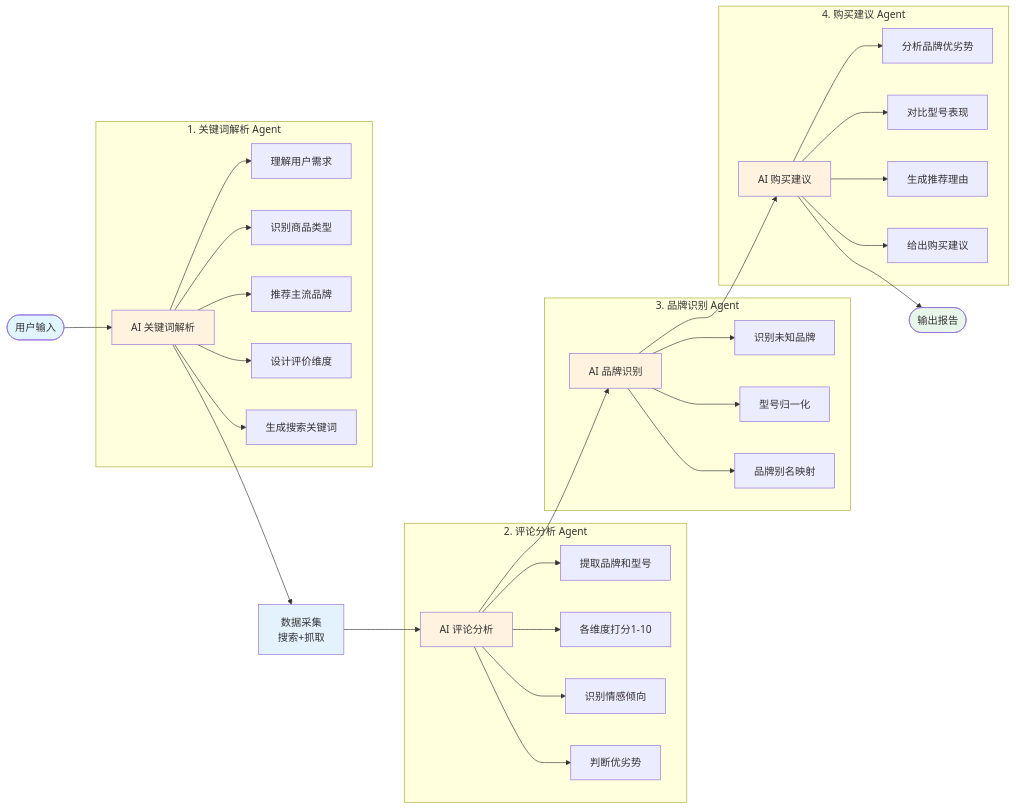
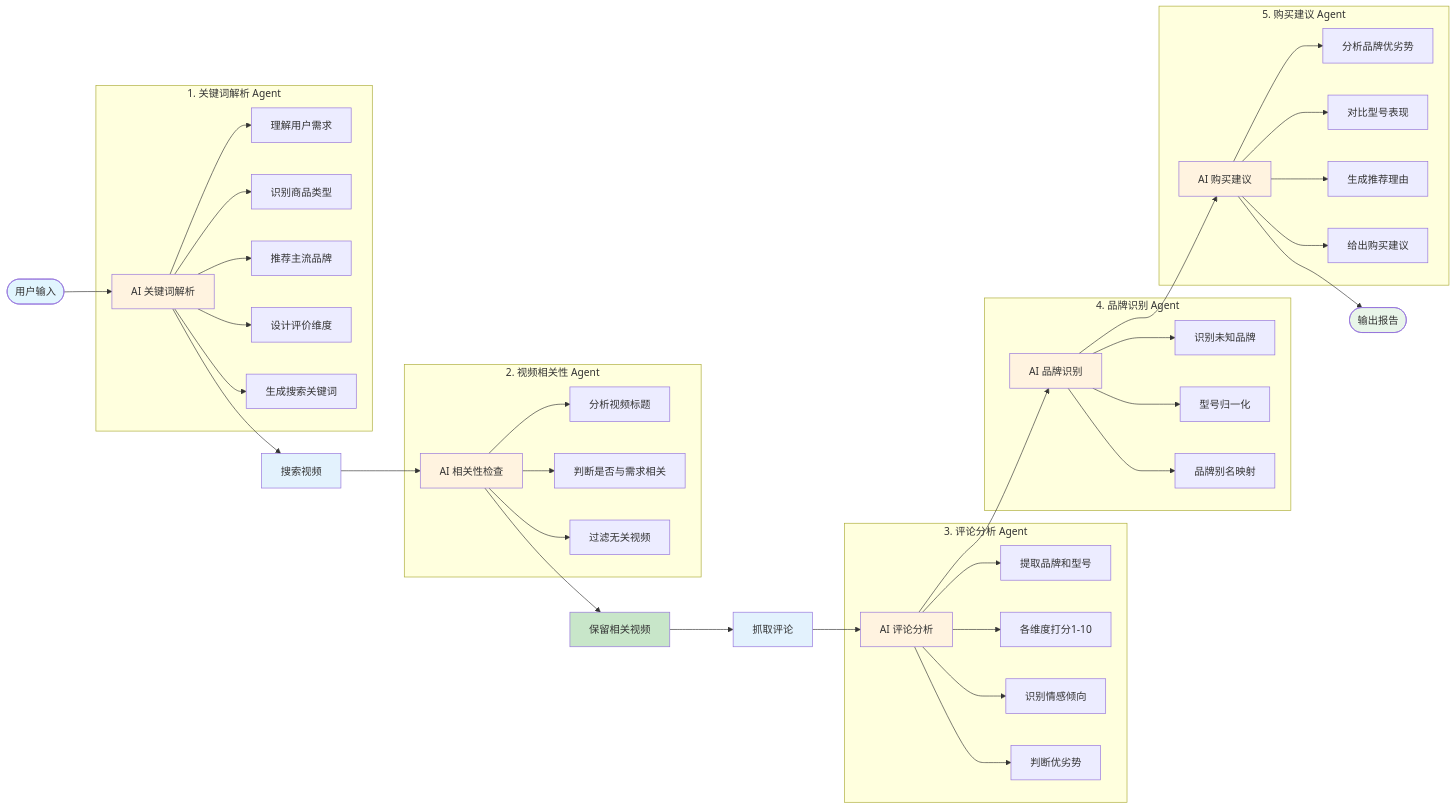
The second of 8 diagrams in README.md (ShellMonster/BiliOpinion), drawn with Mermaid before and after one commit. The commit also changed other lines of this file, not shown here.

Commit message:
docs: 更新 README - Agent流程图和技术栈
主要更新:
- Agent 调用流程图: 从 4 个 Agent 更新为 5 个 Agent
  * 新增"2. 视频相关性 Agent"
  * 原有 Agent 序号相应后移
  * 细化数据采集流程: 搜索→相关性过滤→抓取评论

- 技术栈修正:
  * 移除不准确的 Vue 徽章
  * 更新版本号: Go 1.24.3, React 19.2.0, TypeScript 5.9.3
  * 前端技术栈表格: Vue → React, Recharts → ECharts
  * 添加 Framer Motion 动画库

- 系统架构图: Vue → React + ECharts

````diff
--- a/README.md
+++ b/README.md
@@ -139,49 +138,62 @@
 ```mermaid
 graph LR
     subgraph "1. 关键词解析 Agent"
         AI1["AI 关键词解析"]
         AI1 --> T1["理解用户需求"]
         AI1 --> T2["识别商品类型"]
         AI1 --> T3["推荐主流品牌"]
         AI1 --> T4["设计评价维度"]
         AI1 --> T5["生成搜索关键词"]
     end
 
-    subgraph "2. 评论分析 Agent"
+    subgraph "2. 视频相关性 Agent"
+        AI5["AI 相关性检查"]
+        AI5 --> F1["分析视频标题"]
+        AI5 --> F2["判断是否与需求相关"]
+        AI5 --> F3["过滤无关视频"]
+    end
+
+    subgraph "3. 评论分析 Agent"
         AI2["AI 评论分析"]
         AI2 --> A1["提取品牌和型号"]
         AI2 --> A2["各维度打分1-10"]
         AI2 --> A3["识别情感倾向"]
         AI2 --> A4["判断优劣势"]
     end
 
-    subgraph "3. 品牌识别 Agent"
+    subgraph "4. 品牌识别 Agent"
         AI3["AI 品牌识别"]
         AI3 --> B1["识别未知品牌"]
         AI3 --> B2["型号归一化"]
         AI3 --> B3["品牌别名映射"]
     end
 
-    subgraph "4. 购买建议 Agent"
+    subgraph "5. 购买建议 Agent"
         AI4["AI 购买建议"]
         AI4 --> R1["分析品牌优劣势"]
         AI4 --> R2["对比型号表现"]
         AI4 --> R3["生成推荐理由"]
         AI4 --> R4["给出购买建议"]
     end
 
     USER(["用户输入"]) --> AI1
-    AI1 --> DATA["数据采集<br/>搜索+抓取"]
-    DATA --> AI2
+    AI1 --> SEARCH["搜索视频"]
+    SEARCH --> AI5
+    AI5 --> FILTER["保留相关视频"]
+    FILTER --> SCRAPE["抓取评论"]
+    SCRAPE --> AI2
     AI2 --> AI3
     AI3 --> AI4
     AI4 --> OUT(["输出报告"])
 
     style AI1 fill:#fff3e0
     style AI2 fill:#fff3e0
     style AI3 fill:#fff3e0
     style AI4 fill:#fff3e0
+    style AI5 fill:#fff3e0
     style USER fill:#e1f5fe
     style OUT fill:#e8f5e9
-    style DATA fill:#e3f2fd
+    style SEARCH fill:#e3f2fd
+    style FILTER fill:#c8e6c9
+    style SCRAPE fill:#e3f2fd
 ```
````
